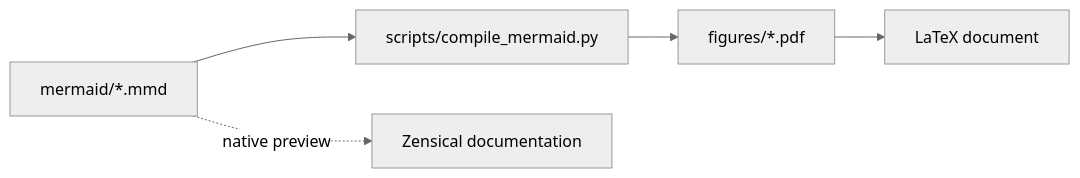
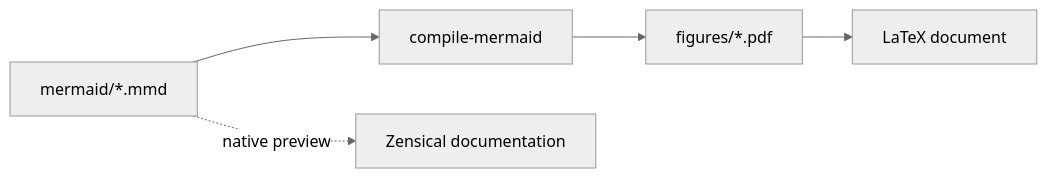
One commit to ethercod3/latex_thesis_template changed the first of 2 diagrams in docs/en/diagrams.md. Above: the diagram before and after it, drawn with Mermaid (neutral theme). The commit also changed other lines of this file and 7 other files, not shown here.

Commit message:
feat: use uvx for mermaid compilation

````diff
--- a/docs/en/diagrams.md
+++ b/docs/en/diagrams.md
@@ -9,7 +9,7 @@
 ```mermaid
 flowchart LR
-    MMD["mermaid/*.mmd"] --> SCRIPT["scripts/compile_mermaid.py"]
+    MMD["mermaid/*.mmd"] --> SCRIPT["compile-mermaid"]
     SCRIPT --> FIGURES["figures/*.pdf"]
     FIGURES --> LATEX["LaTeX document"]
     MMD -. native preview .-> ZENSICAL["Zensical documentation"]
 ```
````
